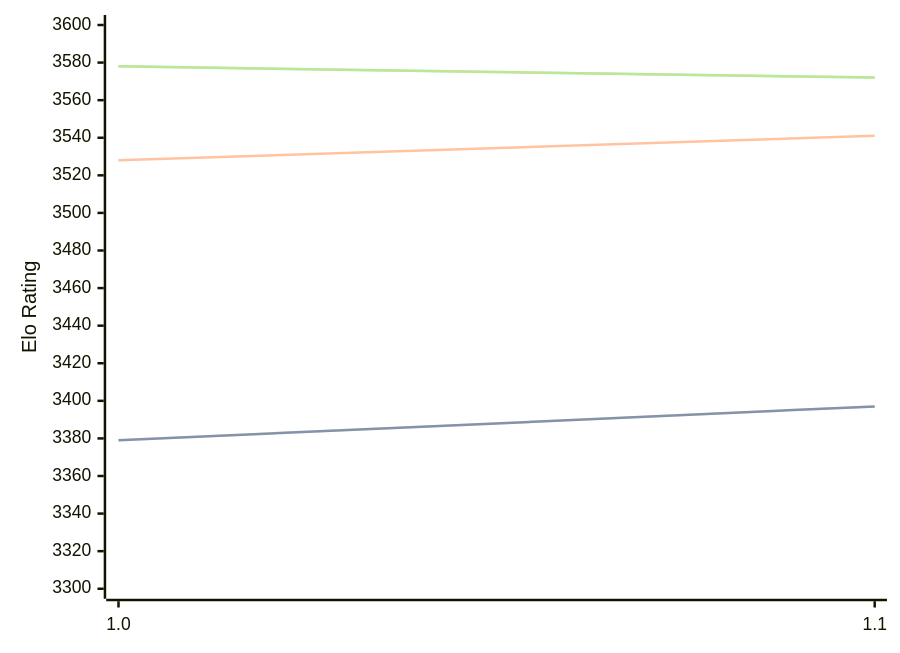
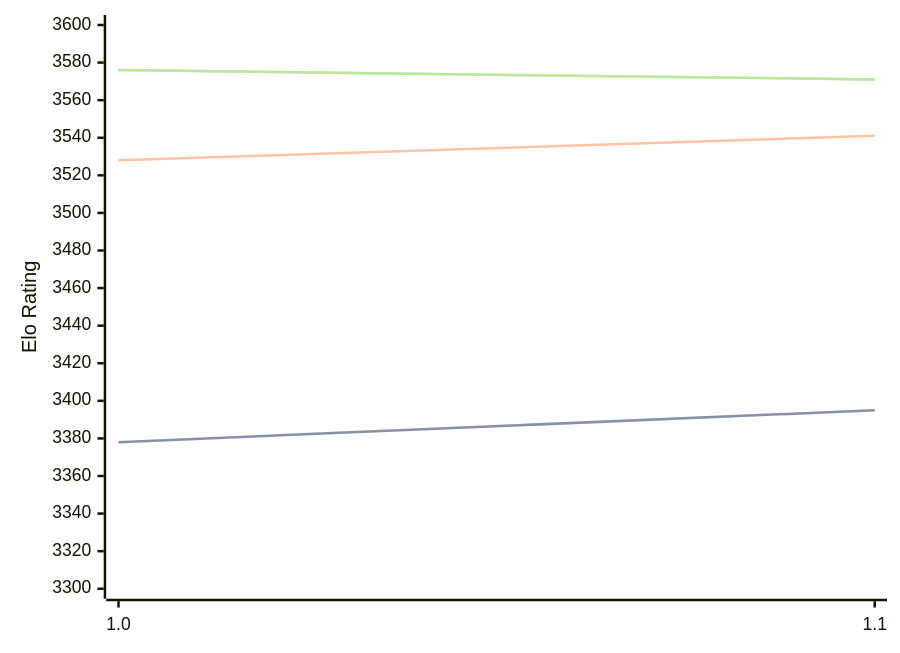
The diagram in engines/Horsie.md (computer-chess-index/cci), drawn with Mermaid before and after one commit. The commit also changed other lines of this file, not shown here.

Commit message:
Update CCI Ratings (ELO VLTC) - 2026-03-01

````diff
--- a/engines/Horsie.md
+++ b/engines/Horsie.md
@@ -30,11 +30,11 @@
 ```mermaid
 %%{init: {"theme":"base","themeVariables":{"seriesColors:['#a3a3a3','#222221','#faa371']}}}%%
 xychart-beta
   x-axis ["1.0", "1.1"]
   y-axis "Elo Rating" 3300 --> 3600
-  line "STC (8.0+0.08s)" [3379, 3397]
-  line "STC (8.0+0.08s)" [3379, 3397]
+  line "STC (8.0+0.08s)" [3378, 3395]
+  line "STC (8.0+0.08s)" [3378, 3395]
   line "LTC (60.0+0.60s)" [3528, 3541]
-  line "VLTC (2m24s+1.12s)" [3578, 3572]
-  line "VLTC (2m24s+1.12s)" [3578, 3572]
+  line "VLTC (2m24s+1.12s)" [3576, 3571]
+  line "VLTC (2m24s+1.12s)" [3576, 3571]
 ```
````
